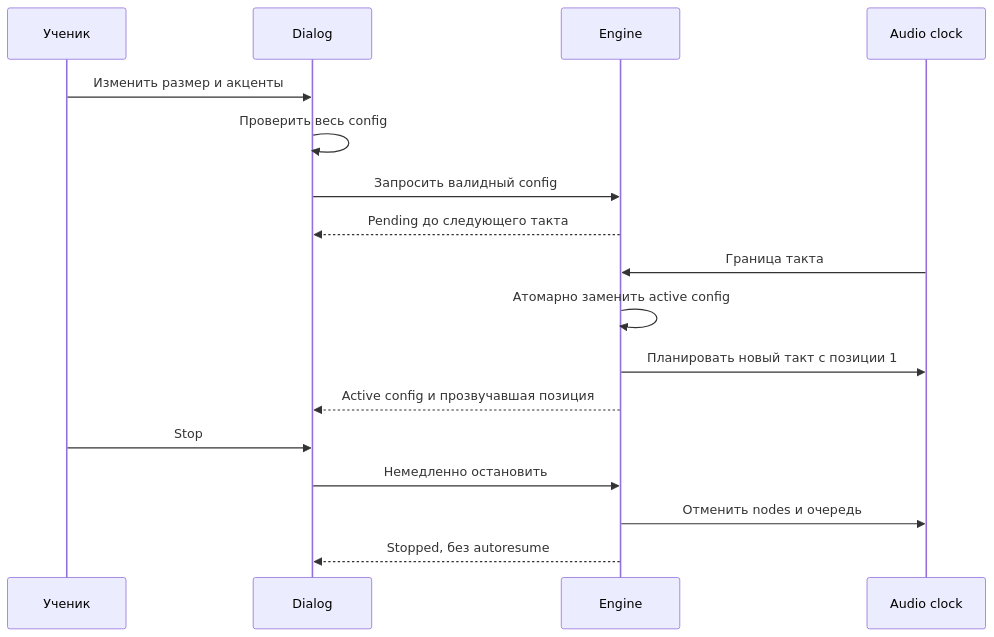
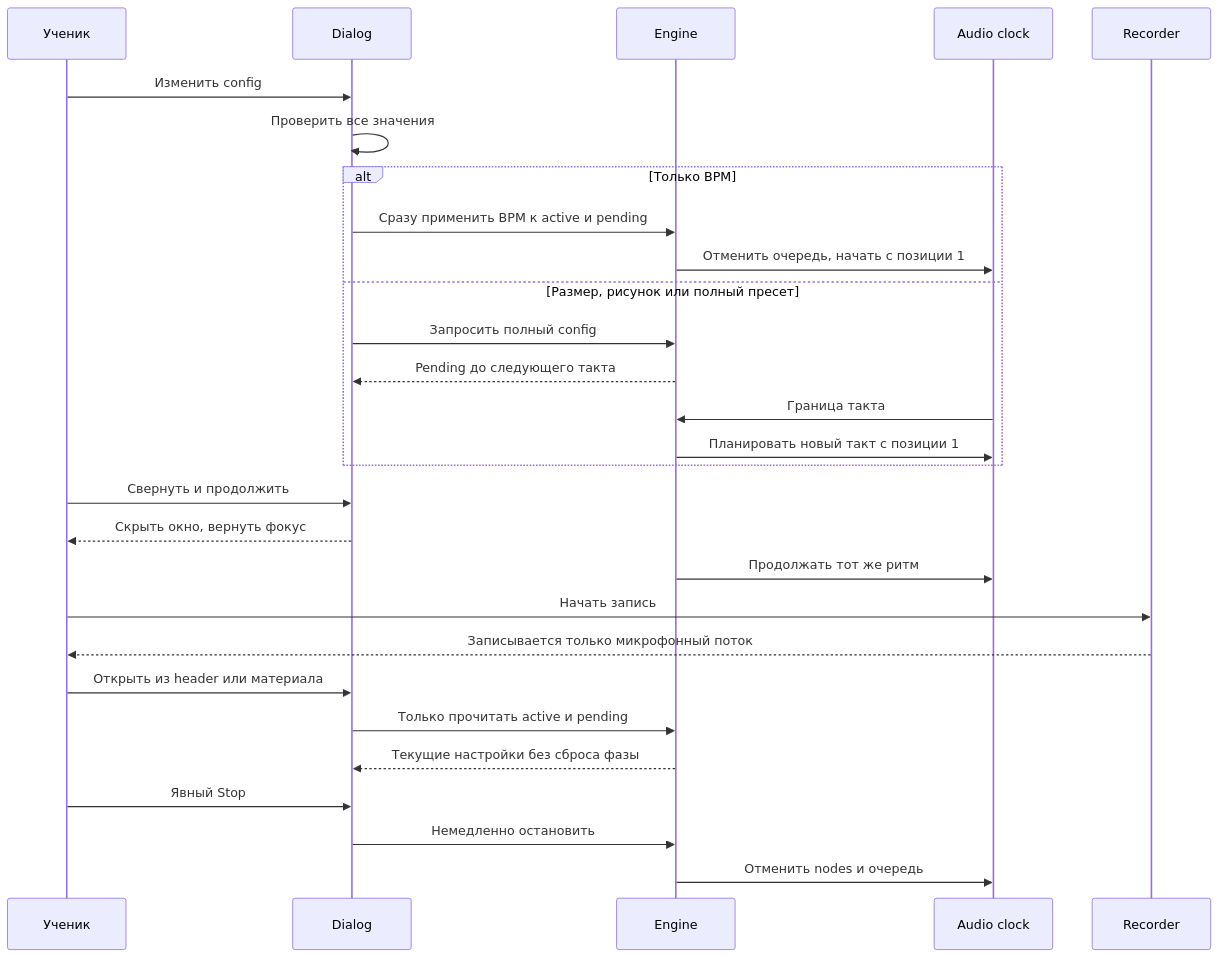
One commit to roafo1989/guitar-mentor-ai changed the diagram in docs/diagrams/tool02-metronome-sequence.mmd. Above: the diagram before and after it, drawn with Mermaid. The commit also changed 5 other files, not shown here.

```diff
--- a/docs/diagrams/tool02-metronome-sequence.mmd
+++ b/docs/diagrams/tool02-metronome-sequence.mmd
@@ -1,17 +1,28 @@
 sequenceDiagram
   participant U as Ученик
   participant D as Dialog
   participant E as Engine
   participant A as Audio clock
-  U->>D: Изменить размер и акценты
-  D->>D: Проверить весь config
-  D->>E: Запросить валидный config
-  E-->>D: Pending до следующего такта
-  A->>E: Граница такта
-  E->>E: Атомарно заменить active config
-  E->>A: Планировать новый такт с позиции 1
-  E-->>D: Active config и прозвучавшая позиция
-  U->>D: Stop
+  participant R as Recorder
+  U->>D: Изменить config
+  D->>D: Проверить все значения
+  alt Только BPM
+    D->>E: Сразу применить BPM к active и pending
+    E->>A: Отменить очередь, начать с позиции 1
+  else Размер, рисунок или полный пресет
+    D->>E: Запросить полный config
+    E-->>D: Pending до следующего такта
+    A->>E: Граница такта
+    E->>A: Планировать новый такт с позиции 1
+  end
+  U->>D: Свернуть и продолжить
+  D-->>U: Скрыть окно, вернуть фокус
+  E->>A: Продолжать тот же ритм
+  U->>R: Начать запись
+  R-->>U: Записывается только микрофонный поток
+  U->>D: Открыть из header или материала
+  D->>E: Только прочитать active и pending
+  E-->>D: Текущие настройки без сброса фазы
+  U->>D: Явный Stop
   D->>E: Немедленно остановить
   E->>A: Отменить nodes и очередь
-  E-->>D: Stopped, без autoresume
```
